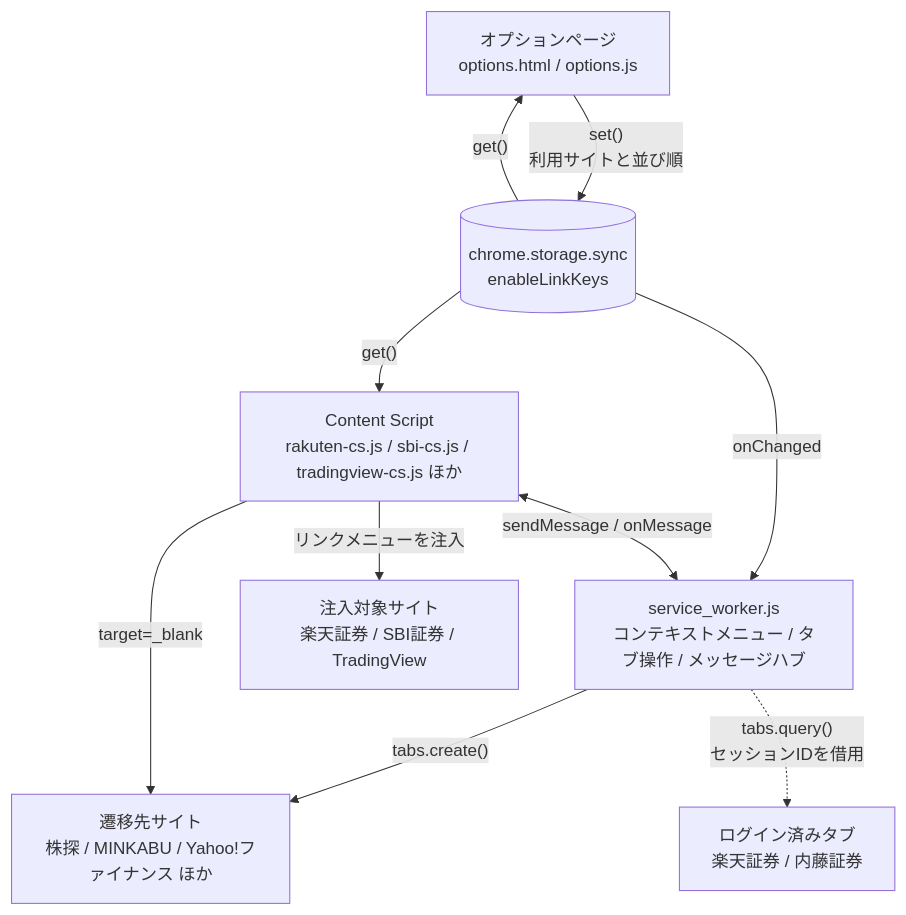
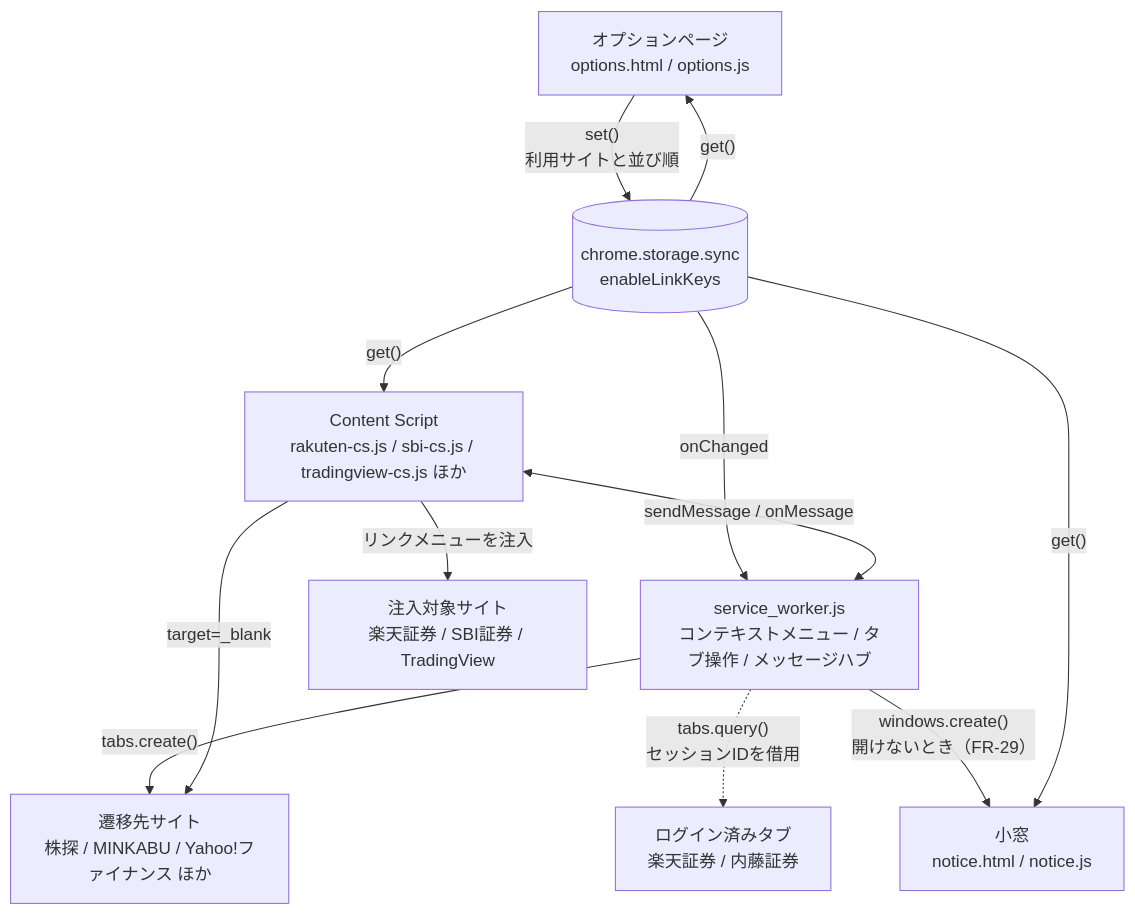
One commit to Harurow/chrome.ext.kabu-tantan changed the diagram in docs/ARCHITECTURE.md. Above: the diagram before and after it, drawn with Mermaid. The commit also changed other lines of this file and 24 other files, not shown here.

````diff
--- a/docs/ARCHITECTURE.md
+++ b/docs/ARCHITECTURE.md
@@ -5,22 +5,24 @@
 ```mermaid
 flowchart TD
     OPT["オプションページ<br/>options.html / options.js"]
     ST[("chrome.storage.sync<br/>enableLinkKeys")]
     SW["service_worker.js<br/>コンテキストメニュー / タブ操作 / メッセージハブ"]
     CS["Content Script<br/>rakuten-cs.js / sbi-cs.js / tradingview-cs.js ほか"]
     SITE["注入対象サイト<br/>楽天証券 / SBI証券 / TradingView"]
     EXT["遷移先サイト<br/>株探 / MINKABU / Yahoo!ファイナンス ほか"]
 
     OPT -->|"set()<br/>利用サイトと並び順"| ST
     ST -->|"onChanged"| SW
     ST -->|"get()"| CS
     ST -->|"get()"| OPT
 
     CS -->|"リンクメニューを注入"| SITE
     CS <-->|"sendMessage / onMessage"| SW
 
     SW -->|"tabs.create()"| EXT
     CS -->|"target=_blank"| EXT
 
     SW -.->|"tabs.query()<br/>セッションIDを借用"| BROKER["ログイン済みタブ<br/>楽天証券 / 内藤証券"]
+    SW -->|"windows.create()<br/>開けないとき（FR-29）"| NOTICE["小窓<br/>notice.html / notice.js"]
+    ST -->|"get()"| NOTICE
 ```
````
